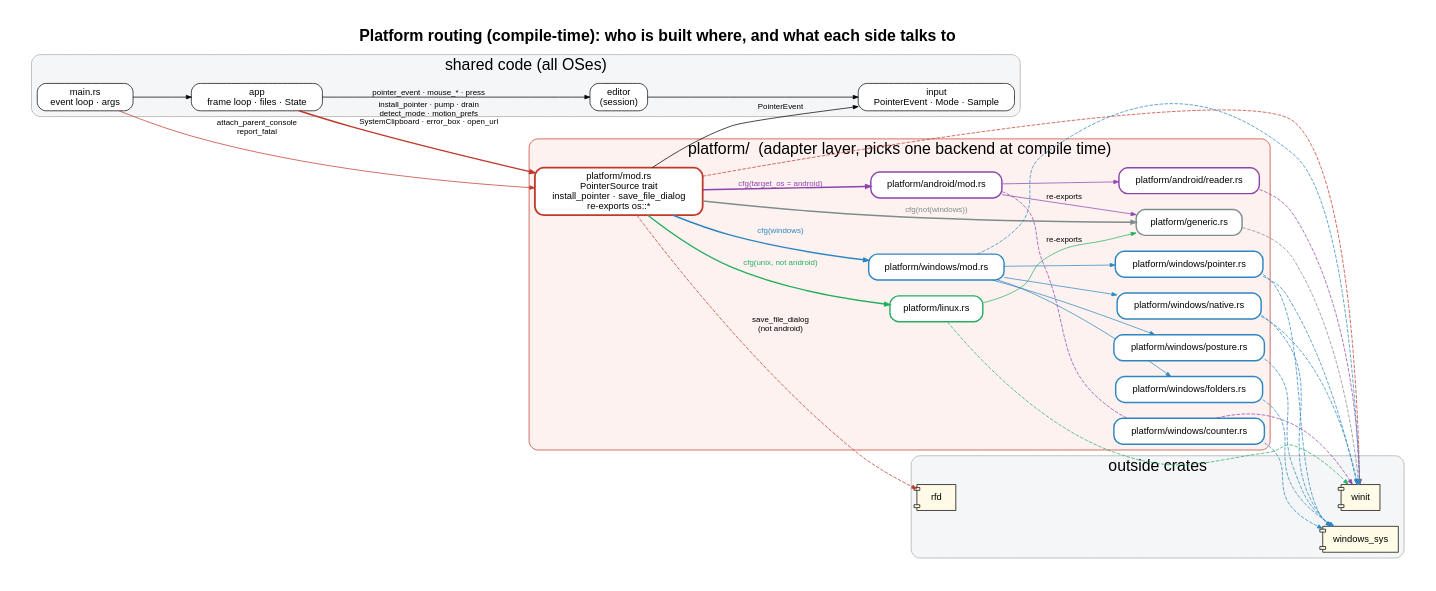
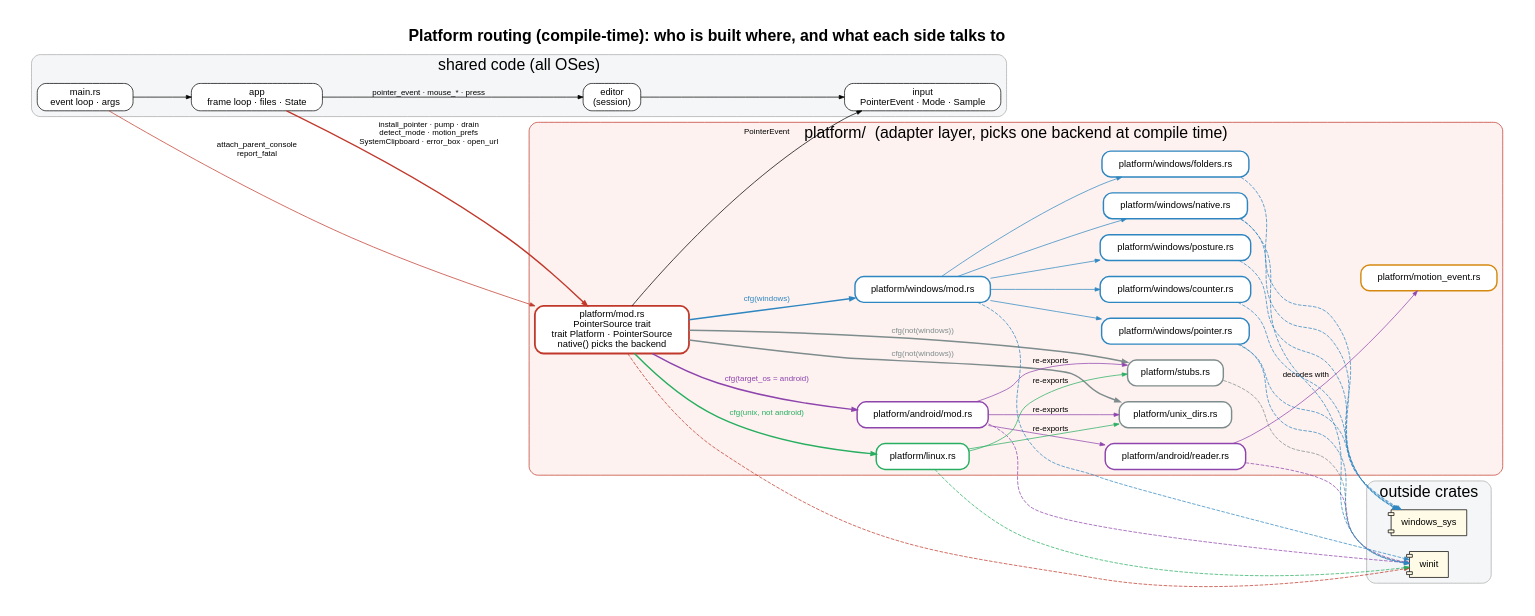
The diagram in docs/deps/platform.dot (rajatmo/inkpdf), drawn with Graphviz before and after one commit. The commit also changed 17 other files, not shown here.

First line of the commit message:
S3: the Android motion decoder lives in platform; generic.rs is split by what it holds

```diff
--- a/docs/deps/platform.dot
+++ b/docs/deps/platform.dot
@@ -1,62 +1,67 @@
 digraph P {
 rankdir=LR; newrank=true; splines=true; nodesep=0.3; ranksep=1.1; pad=0.4;
 label=<<b>Platform routing (compile-time): who is built where, and what each side talks to</b>>; labelloc=t; fontsize=22; fontname="Helvetica";
 node [shape=box, style="rounded,filled", fillcolor=white, fontname="Helvetica", fontsize=13, margin="0.14,0.07"];
 edge [arrowsize=0.7, fontname="Helvetica", fontsize=11];
 subgraph cluster_shared { label="shared code (all OSes)"; style="rounded,filled"; fillcolor="#f4f6f7"; color="#aaaaaa"; fontname="Helvetica";
   "app" [label="app\nframe loop · files · State"];
   "main" [label="main.rs\nevent loop · args"];
   "editor" [label="editor\n(session)"];
   "input" [label="input\nPointerEvent · Mode · Sample"];
 }
 subgraph cluster_plat { label="platform/  (adapter layer, picks one backend at compile time)"; style="rounded,filled"; fillcolor="#fdf2f0"; color="#c0392b"; fontname="Helvetica";
-  "platform_mod" [label="platform/mod.rs\nPointerSource trait\ninstall_pointer · save_file_dialog\nre-exports os::*", penwidth=2.5, color="#c0392b"];
+  "platform_mod" [label="platform/mod.rs\nPointerSource trait\ntrait Platform · PointerSource\nnative() picks the backend", penwidth=2.5, color="#c0392b"];
   "p_android_mod" [label="platform/android/mod.rs", color="#8e44ad", penwidth=2];
   "p_android_reader" [label="platform/android/reader.rs", color="#8e44ad", penwidth=2];
-  "p_generic" [label="platform/generic.rs", color="#7f8c8d", penwidth=2];
   "p_linux" [label="platform/linux.rs", color="#27ae60", penwidth=2];
+  "p_motion_event" [label="platform/motion_event.rs", color="#d68910", penwidth=2];
+  "p_stubs" [label="platform/stubs.rs", color="#7f8c8d", penwidth=2];
+  "p_unix_dirs" [label="platform/unix_dirs.rs", color="#7f8c8d", penwidth=2];
   "p_windows_counter" [label="platform/windows/counter.rs", color="#2e86c1", penwidth=2];
   "p_windows_folders" [label="platform/windows/folders.rs", color="#2e86c1", penwidth=2];
   "p_windows_mod" [label="platform/windows/mod.rs", color="#2e86c1", penwidth=2];
   "p_windows_native" [label="platform/windows/native.rs", color="#2e86c1", penwidth=2];
   "p_windows_pointer" [label="platform/windows/pointer.rs", color="#2e86c1", penwidth=2];
   "p_windows_posture" [label="platform/windows/posture.rs", color="#2e86c1", penwidth=2];
 }
 subgraph cluster_ext { label="outside crates"; style="rounded,filled"; fillcolor="#f4f6f7"; color="#aaaaaa"; fontname="Helvetica";
   "x_winit" [label="winit", shape=component, fillcolor="#fffbe6"];
   "x_windows_sys" [label="windows_sys", shape=component, fillcolor="#fffbe6"];
-  "x_rfd" [label="rfd", shape=component, fillcolor="#fffbe6"];
 }
 "main" -> "app"
 "app" -> "platform_mod" [label="install_pointer · pump · drain\ndetect_mode · motion_prefs\nSystemClipboard · error_box · open_url", penwidth=2, color="#c0392b"]
 "app" -> "editor" [label="pointer_event · mouse_* · press"]
 "main" -> "platform_mod" [label="attach_parent_console\nreport_fatal", color="#c0392b"]
 "platform_mod" -> "input" [label="PointerEvent"]
 "editor" -> "input"
 "platform_mod" -> "p_android_mod" [label="cfg(target_os = android)", color="#8e44ad", penwidth=2, fontcolor="#8e44ad"]
 "p_android_mod" -> "x_winit" [color="#8e44ad", style=dashed]
 "p_android_reader" -> "x_winit" [color="#8e44ad", style=dashed]
-"platform_mod" -> "p_generic" [label="cfg(not(windows))", color="#7f8c8d", penwidth=2, fontcolor="#7f8c8d"]
-"p_generic" -> "x_winit" [color="#7f8c8d", style=dashed]
 "platform_mod" -> "p_linux" [label="cfg(unix, not android)", color="#27ae60", penwidth=2, fontcolor="#27ae60"]
 "p_linux" -> "x_winit" [color="#27ae60", style=dashed]
+"platform_mod" -> "p_stubs" [label="cfg(not(windows))", color="#7f8c8d", penwidth=2, fontcolor="#7f8c8d"]
+"p_stubs" -> "x_winit" [color="#7f8c8d", style=dashed]
+"platform_mod" -> "p_unix_dirs" [label="cfg(not(windows))", color="#7f8c8d", penwidth=2, fontcolor="#7f8c8d"]
 "p_windows_counter" -> "x_windows_sys" [color="#2e86c1", style=dashed]
 "p_windows_folders" -> "x_windows_sys" [color="#2e86c1", style=dashed]
 "platform_mod" -> "p_windows_mod" [label="cfg(windows)", color="#2e86c1", penwidth=2, fontcolor="#2e86c1"]
 "p_windows_mod" -> "x_winit" [color="#2e86c1", style=dashed]
 "p_windows_native" -> "x_windows_sys" [color="#2e86c1", style=dashed]
 "p_windows_native" -> "x_winit" [color="#2e86c1", style=dashed]
 "p_windows_pointer" -> "x_windows_sys" [color="#2e86c1", style=dashed]
 "p_windows_pointer" -> "x_winit" [color="#2e86c1", style=dashed]
 "p_windows_posture" -> "x_windows_sys" [color="#2e86c1", style=dashed]
-"platform_mod" -> "x_rfd" [label="save_file_dialog\n(not android)", style=dashed, color="#c0392b"]
 "platform_mod" -> "x_winit" [style=dashed, color="#c0392b"]
 "p_windows_mod" -> "p_windows_pointer" [color="#2e86c1"]
 "p_windows_mod" -> "p_windows_native" [color="#2e86c1"]
 "p_windows_mod" -> "p_windows_posture" [color="#2e86c1"]
 "p_windows_mod" -> "p_windows_folders" [color="#2e86c1"]
+"p_windows_mod" -> "p_windows_counter" [color="#2e86c1"]
 "p_android_mod" -> "p_android_reader" [color="#8e44ad"]
-"p_linux" -> "p_generic" [label="re-exports", color="#27ae60"]
-"p_android_mod" -> "p_generic" [label="re-exports", color="#8e44ad"]
+"p_linux" -> "p_stubs" [label="re-exports", color="#27ae60"]
+"p_linux" -> "p_unix_dirs" [label="re-exports", color="#27ae60"]
+"p_android_mod" -> "p_stubs" [label="re-exports", color="#8e44ad"]
+"p_android_mod" -> "p_unix_dirs" [label="re-exports", color="#8e44ad"]
+"p_android_reader" -> "p_motion_event" [label="decodes with", color="#8e44ad"]
 {rank=same; "p_windows_mod"; "p_linux"; "p_android_mod";}
 }
```
